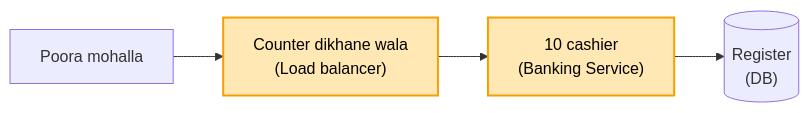
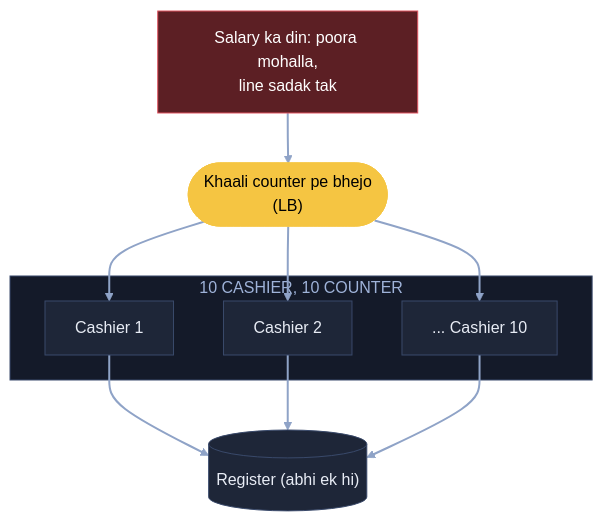
The sixth of 20 diagrams in 04_HLD/SYSTEM_DESIGNS/13_banking_system/13_banking_system.md (ArpanMaheshwari144/Prep), drawn with Mermaid before and after one commit. The commit also changed other lines of this file, not shown here.

Commit message:
Banking: 20 diagram hand notes ke shabdon se (branch, register, diary, laptop, photocopy, chhotu)

````diff
--- a/04_HLD/SYSTEM_DESIGNS/13_banking_system/13_banking_system.md
+++ b/04_HLD/SYSTEM_DESIGNS/13_banking_system/13_banking_system.md
@@ -134,8 +191,24 @@
 ```mermaid
-flowchart LR
-    U["Poora mohalla"] --> LB["Counter dikhane wala<br/>(Load balancer)"]
-    LB --> C["10 cashier<br/>(Banking Service)"]
-    C --> R[("Register<br/>(DB)")]
-    style LB fill:#ffe8b3,stroke:#f59f00,stroke-width:2px,color:#000
-    style C fill:#ffe8b3,stroke:#f59f00,stroke-width:2px,color:#000
+flowchart TB
+    U["Salary ka din: poora mohalla,<br/>line sadak tak"]:::bad
+    LB(["Khaali counter pe bhejo<br/>(LB)"]):::pill
+    subgraph CC["10 CASHIER, 10 COUNTER"]
+        C1["Cashier 1"]:::card
+        C2["Cashier 2"]:::card
+        CN["... Cashier 10"]:::card
+    end
+    R[("Register (abhi ek hi)")]:::card
+    U --> LB
+    LB --> C1
+    LB --> C2
+    LB --> CN
+    C1 --> R
+    C2 --> R
+    CN --> R
+    linkStyle default stroke:#8fa3c7,stroke-width:2px
+    classDef card fill:#1e2638,stroke:#3a4a6b,color:#e8ecf5
+    classDef pill fill:#f5c542,stroke:#f5c542,color:#000
+    classDef good fill:#2e7d4f,stroke:#3fbf6f,color:#fff
+    classDef bad fill:#5c1f24,stroke:#e05561,color:#fff
+    style CC fill:#141a29,stroke:#3a4a6b,color:#9fb3d9
 ```
````
